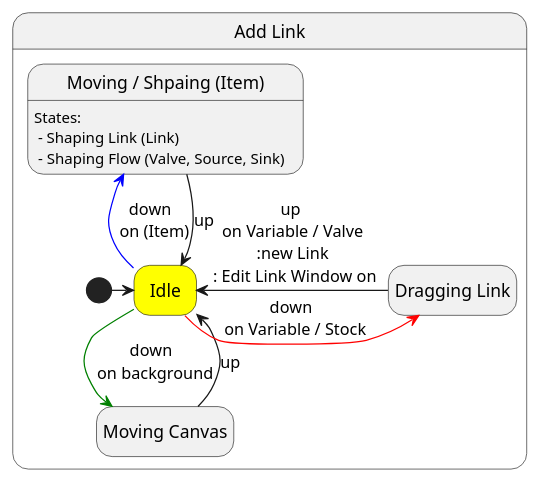
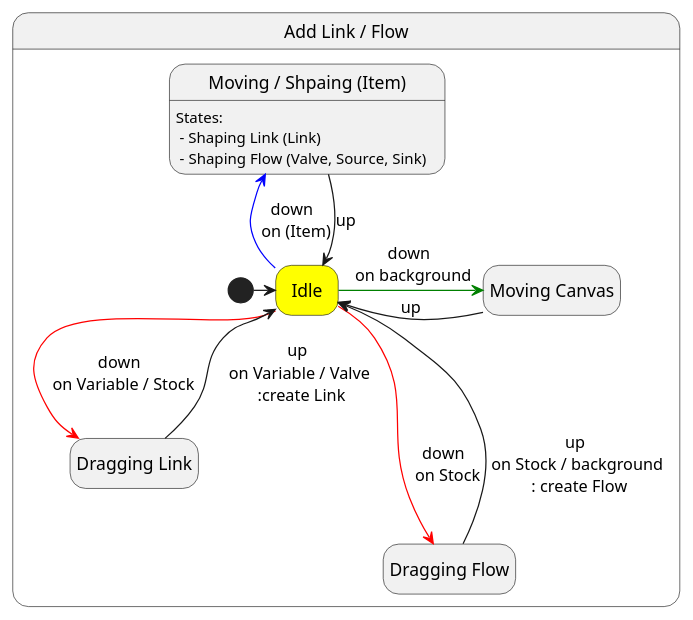
The sixth of 6 diagrams in docusaurus/docs/interaction.md (cidhuang/system-dynamics-tool), drawn with PlantUML before and after one commit. The commit also changed other lines of this file, not shown here.

Commit message:
docs: interation page combine Mode Add Link and Add Flow

````diff
--- a/docusaurus/docs/interaction.md
+++ b/docusaurus/docs/interaction.md
@@ -183,23 +182,28 @@
 ```plantuml
-@startuml SystemMap
+@startuml Add Link / Flow
 hide empty description
 
-state "Add Link" as modeAddLink {
+state "Add Link / Flow" as modeAddLinkFlow {
   state "Idle" as idle #yellow
   state "Moving Canvas" as moveCanvas
   state "Moving / Shpaing (Item)" as moveItem : States: \n - Shaping Link (Link) \n - Shaping Flow (Valve, Source, Sink)
   state "Dragging Link" as dragLink
+  state "Dragging Flow" as dragFlowStock
 
   [*] -> idle
-  idle -[#green]-> moveCanvas : down \n on background
-  moveCanvas -up-> idle : up
+  idle -right[#green]> moveCanvas : down \n on background
+  moveCanvas -> idle : up
 
   idle -up[#blue]-> moveItem : down \n on (Item)
   moveItem --> idle : up
 
-  idle -[#red]> dragLink : down \n on Variable / Stock
-  dragLink -> idle : up \n on Variable / Valve \n :new Link \n : Edit Link Window on
+  idle -[#red]-> dragLink : down \n on Variable / Stock
+  dragLink -up-> idle : up \n on Variable / Valve \n :create Link
+
+  idle -[#red]--> dragFlowStock : down \n on Stock
+  dragFlowStock -up--> idle : up \n on Stock / background \n : create Flow
+
 }
 
 @enduml
 ```
````
